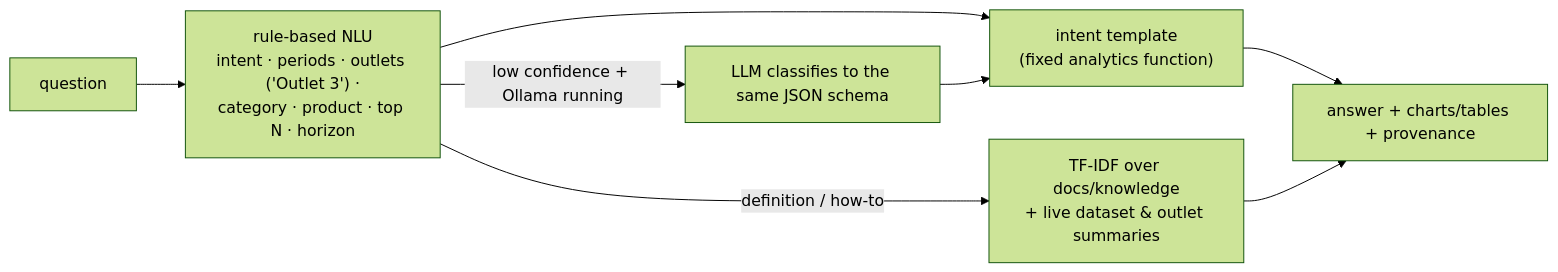
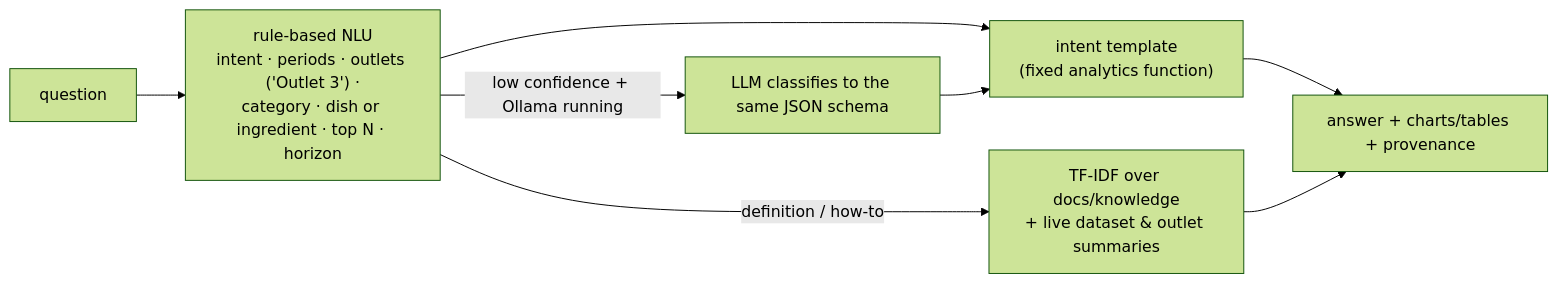
Before and after one commit to hellyparmar/ERIS: the fourth of 4 diagrams in docs/ARCHITECTURE.md, drawn with Mermaid (forest theme). The commit also changed other lines of this file and 87 other files, not shown here.

````diff
--- a/docs/ARCHITECTURE.md
+++ b/docs/ARCHITECTURE.md
@@ -286,10 +288,10 @@
 ```mermaid
 flowchart LR
-  Q[question] --> N["rule-based NLU<br/>intent · periods · outlets ('Outlet 3') ·<br/>category · product · top N · horizon"]
+  Q[question] --> N["rule-based NLU<br/>intent · periods · outlets ('Outlet 3') ·<br/>category · dish or ingredient · top N · horizon"]
   N -->|low confidence + Ollama running| L[LLM classifies to the same JSON schema]
   N --> T["intent template<br/>(fixed analytics function)"]
   L --> T
   N -->|definition / how-to| K["TF-IDF over docs/knowledge<br/>+ live dataset & outlet summaries"]
   T --> P[answer + charts/tables + provenance]
   K --> P
 ```
````
